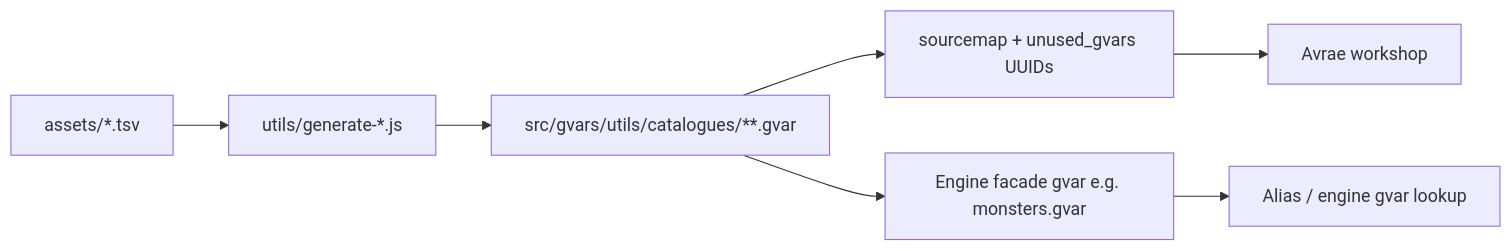
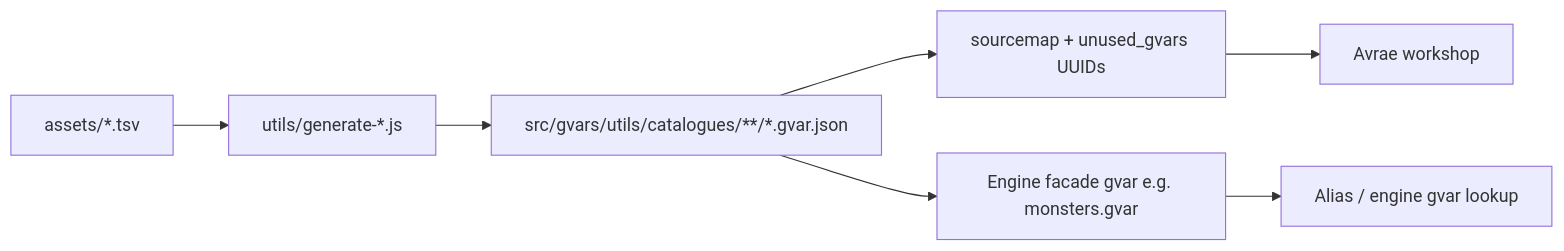
Before and after one commit to Sykander/westmarch-generic: the diagram in docs/internal/projects/westmarch-statement/content-pipeline.md, drawn with Mermaid. The commit also changed other lines of this file and 186 other files, not shown here.

````diff
--- a/docs/internal/projects/westmarch-statement/content-pipeline.md
+++ b/docs/internal/projects/westmarch-statement/content-pipeline.md
@@ -25,13 +25,13 @@
 ```mermaid
 flowchart LR
   TSV["assets/*.tsv"]
   GEN["utils/generate-*.js"]
-  SHARD["src/gvars/utils/catalogues/**.gvar"]
+  SHARD["src/gvars/utils/catalogues/**/*.gvar.json"]
   SM["sourcemap + unused_gvars UUIDs"]
   WS["Avrae workshop"]
   FACADE["Engine facade gvar e.g. monsters.gvar"]
   ALIAS["Alias / engine gvar lookup"]
 
   TSV --> GEN --> SHARD --> SM --> WS
   SHARD --> FACADE --> ALIAS
 ```
````
